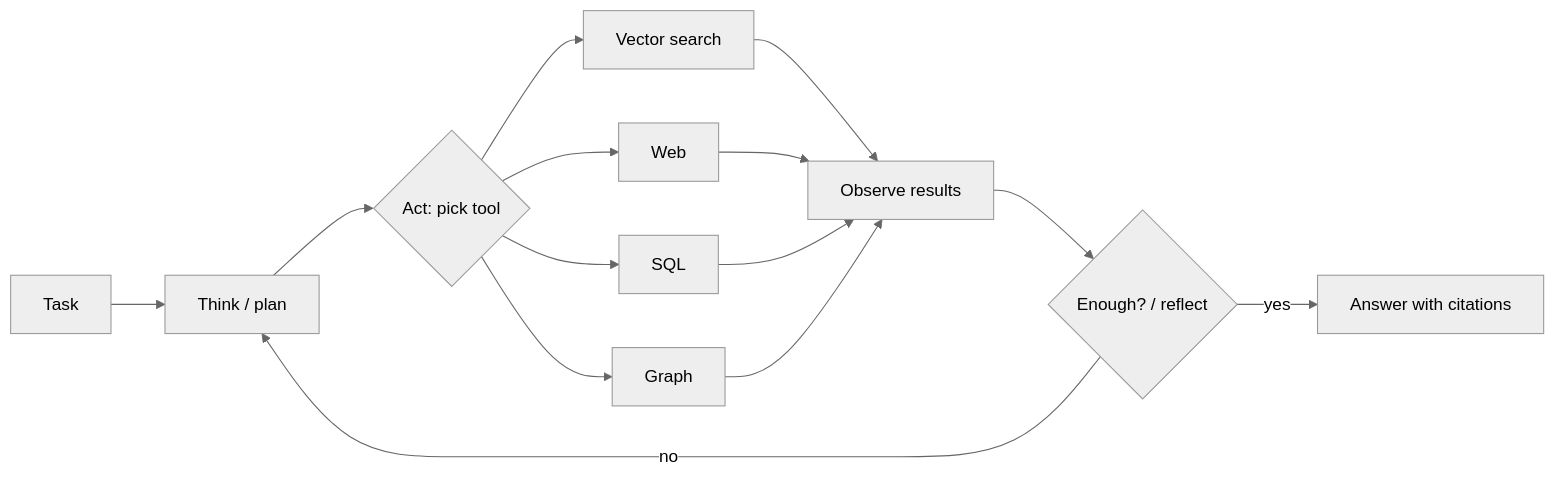
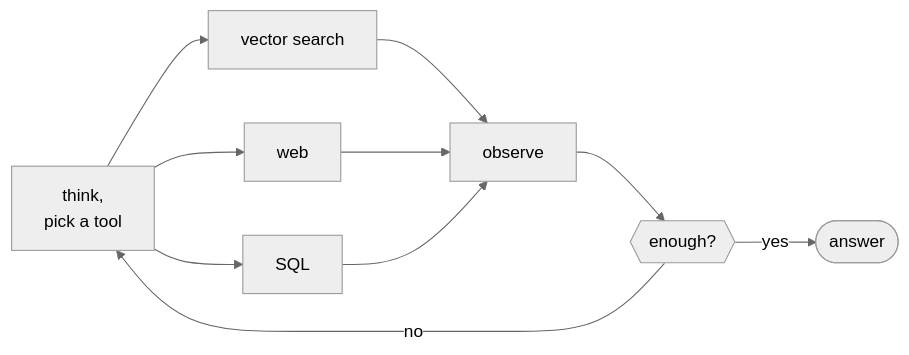
The diagram in notes/variants/control-flow/Agentic RAG.md (whrui720/GraphRAG_playground), drawn with Mermaid (neutral theme) before and after one commit. The commit also changed 65 other files, not shown here.

Commit message:
fixed + added more diagrams

````diff
--- a/notes/variants/control-flow/Agentic RAG.md
+++ b/notes/variants/control-flow/Agentic RAG.md
@@ -25,10 +25,9 @@
 ```mermaid
 flowchart LR
-  Q[Task] --> P[Think / plan]
-  P --> A{Act: pick tool}
-  A --> V[Vector search] & W[Web] & S[SQL] & G[Graph]
-  V & W & S & G --> O[Observe results]
-  O --> R{Enough? / reflect}
+  P[think,<br/>pick a tool] --> V[vector search]
+  P --> W[web]
+  P --> S[SQL]
+  V & W & S --> O[observe] --> R{{enough?}}
   R -->|no| P
-  R -->|yes| F[Answer with citations]
+  R -->|yes| F([answer])
 ```
````
